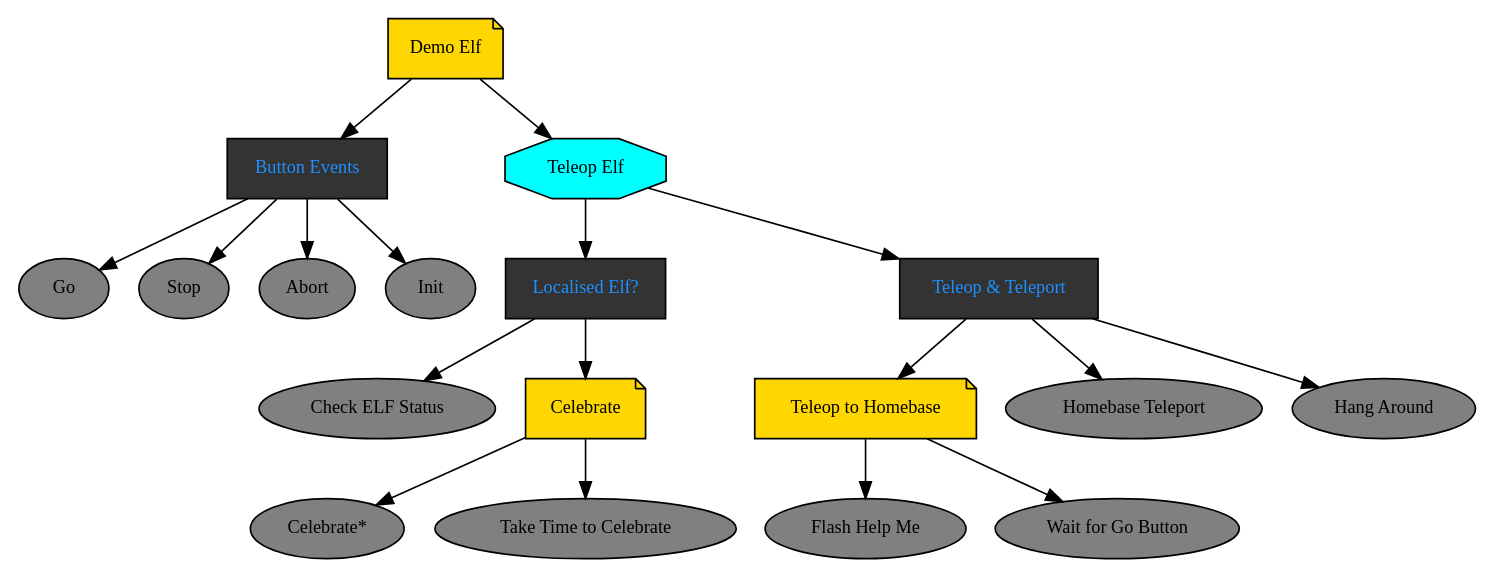
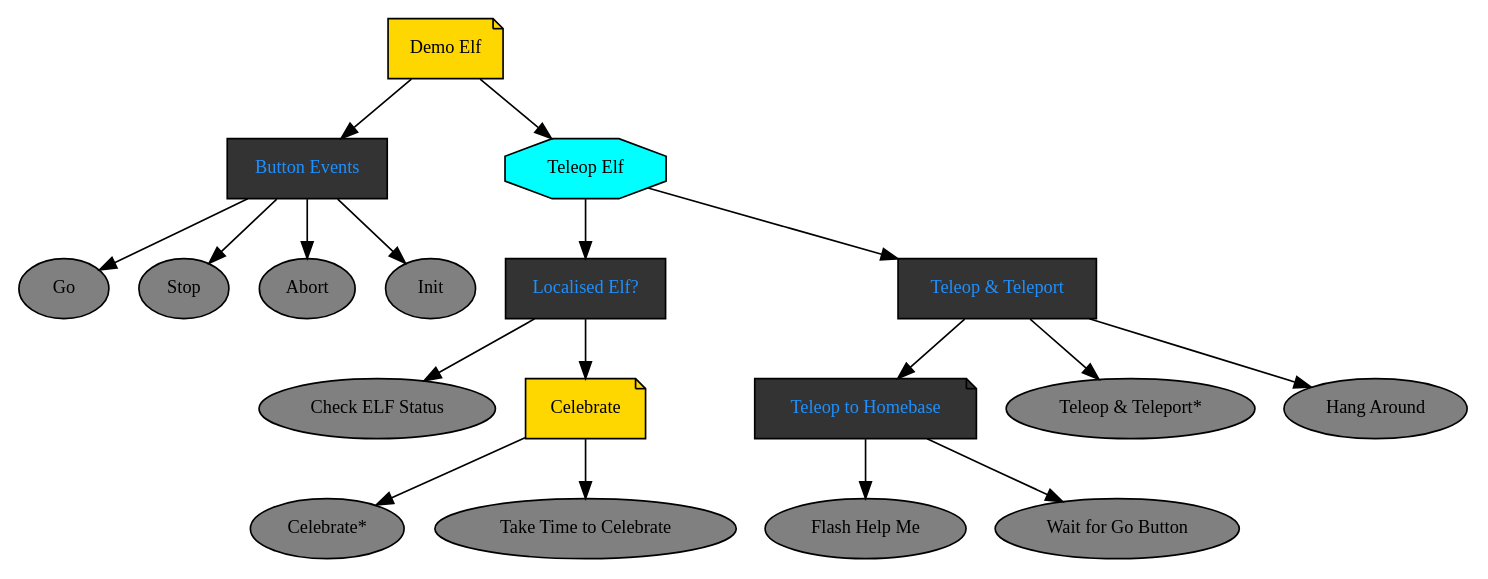
Before and after one commit to splintered-reality/py_trees: the diagram in gopher_behaviours/doc/dot/demo_elf.dot, drawn with Graphviz. The commit also changed 6 other files, not shown here.

```diff
--- a/gopher_behaviours/doc/dot/demo_elf.dot
+++ b/gopher_behaviours/doc/dot/demo_elf.dot
@@ -1,37 +1,37 @@
 digraph demo_elf {
 "Demo Elf" [fontcolor=black, shape=note, fontsize=11, style=filled, fillcolor=gold];
 "Button Events" [fontcolor=dodgerblue, shape=box, fontsize=11, style=filled, fillcolor=gray20];
 "Demo Elf" -> "Button Events";
 Go [fontcolor=black, shape=ellipse, fontsize=11, style=filled, fillcolor=gray];
 "Button Events" -> Go;
 Stop [fontcolor=black, shape=ellipse, fontsize=11, style=filled, fillcolor=gray];
 "Button Events" -> Stop;
 Abort [fontcolor=black, shape=ellipse, fontsize=11, style=filled, fillcolor=gray];
 "Button Events" -> Abort;
 Init [fontcolor=black, shape=ellipse, fontsize=11, style=filled, fillcolor=gray];
 "Button Events" -> Init;
 "Teleop Elf" [fontcolor=black, shape=octagon, fontsize=11, style=filled, fillcolor=cyan];
 "Demo Elf" -> "Teleop Elf";
 "Localised Elf?" [fontcolor=dodgerblue, shape=box, fontsize=11, style=filled, fillcolor=gray20];
 "Teleop Elf" -> "Localised Elf?";
 "Check ELF Status" [fontcolor=black, shape=ellipse, fontsize=11, style=filled, fillcolor=gray];
 "Localised Elf?" -> "Check ELF Status";
 Celebrate [fontcolor=black, shape=note, fontsize=11, style=filled, fillcolor=gold];
 "Localised Elf?" -> Celebrate;
 "Celebrate*" [fontcolor=black, shape=ellipse, fontsize=11, style=filled, fillcolor=gray];
 Celebrate -> "Celebrate*";
 "Take Time to Celebrate" [fontcolor=black, shape=ellipse, fontsize=11, style=filled, fillcolor=gray];
 Celebrate -> "Take Time to Celebrate";
 "Teleop & Teleport" [fontcolor=dodgerblue, shape=box, fontsize=11, style=filled, fillcolor=gray20];
 "Teleop Elf" -> "Teleop & Teleport";
-"Teleop to Homebase" [fontcolor=black, shape=note, fontsize=11, style=filled, fillcolor=gold];
+"Teleop to Homebase" [fontcolor=dodgerblue, shape=note, fontsize=11, style=filled, fillcolor=gray20];
 "Teleop & Teleport" -> "Teleop to Homebase";
 "Flash Help Me" [fontcolor=black, shape=ellipse, fontsize=11, style=filled, fillcolor=gray];
 "Teleop to Homebase" -> "Flash Help Me";
 "Wait for Go Button" [fontcolor=black, shape=ellipse, fontsize=11, style=filled, fillcolor=gray];
 "Teleop to Homebase" -> "Wait for Go Button";
-"Homebase Teleport" [fontcolor=black, shape=ellipse, fontsize=11, style=filled, fillcolor=gray];
-"Teleop & Teleport" -> "Homebase Teleport";
+"Teleop & Teleport*" [fontcolor=black, shape=ellipse, fontsize=11, style=filled, fillcolor=gray];
+"Teleop & Teleport" -> "Teleop & Teleport*";
 "Hang Around" [fontcolor=black, shape=ellipse, fontsize=11, style=filled, fillcolor=gray];
 "Teleop & Teleport" -> "Hang Around";
 }
```
